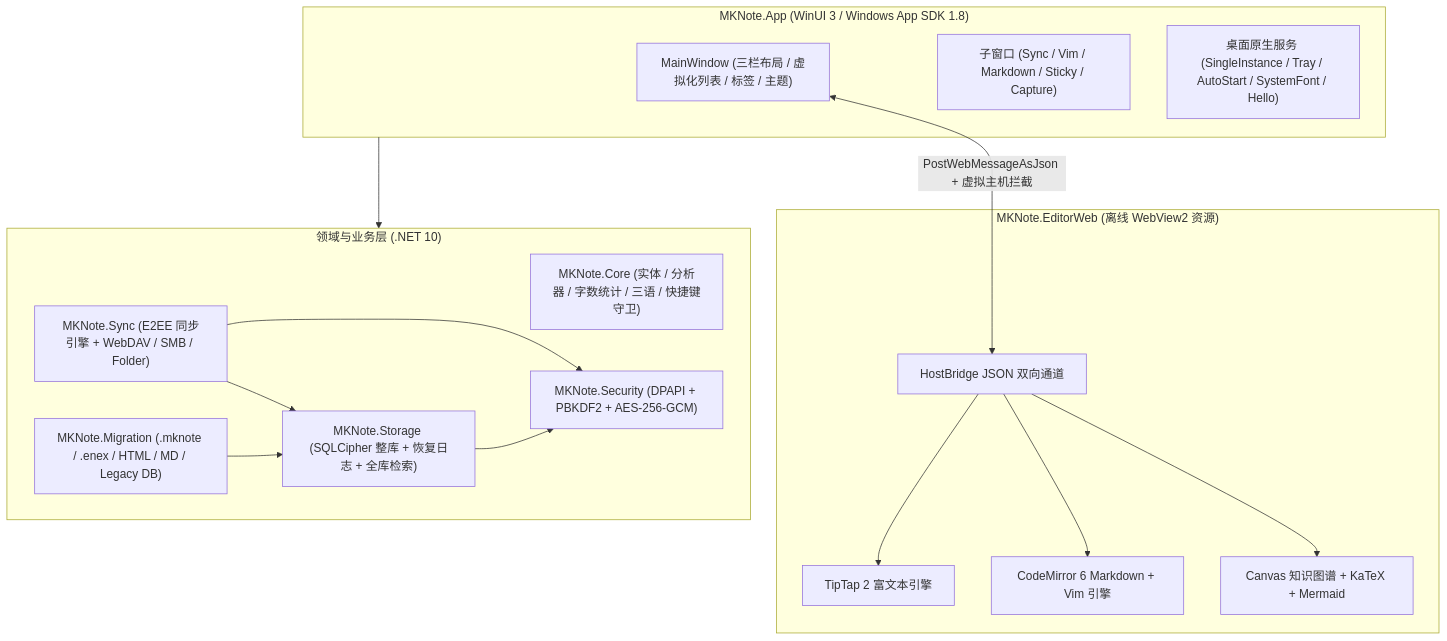
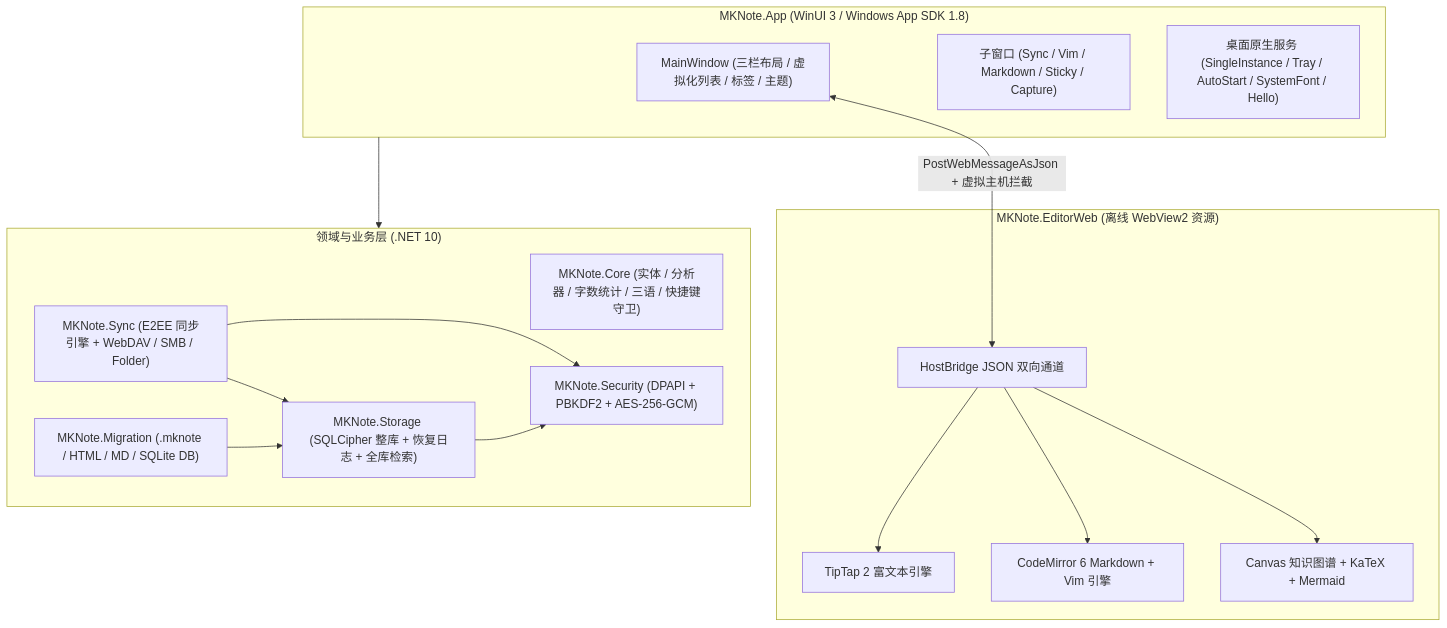
Before and after one commit to vicky-clair/xiaorui-mknote: the diagram in docs/MKNote_Next_Development_Spec.md, drawn with Mermaid. The commit also changed other lines of this file and 14 other files, not shown here.

Commit message:
fix: fix shortcut guide windows crash, add graph view back navigation, remove enex import

````diff
--- a/docs/MKNote_Next_Development_Spec.md
+++ b/docs/MKNote_Next_Development_Spec.md
@@ -27,33 +27,33 @@
 ```mermaid
 flowchart TB
     subgraph UI["MKNote.App (WinUI 3 / Windows App SDK 1.8)"]
         MW["MainWindow (三栏布局 / 虚拟化列表 / 标签 / 主题)"]
         WIN["子窗口 (Sync / Vim / Markdown / Sticky / Capture)"]
         SYS["桌面原生服务 (SingleInstance / Tray / AutoStart / SystemFont / Hello)"]
     end
 
     subgraph WEB["MKNote.EditorWeb (离线 WebView2 资源)"]
         BRIDGE["HostBridge JSON 双向通道"]
         RICH["TipTap 2 富文本引擎"]
         MD["CodeMirror 6 Markdown + Vim 引擎"]
         GRAPH["Canvas 知识图谱 + KaTeX + Mermaid"]
     end
 
     subgraph CORE["领域与业务层 (.NET 10)"]
         MCORE["MKNote.Core (实体 / 分析器 / 字数统计 / 三语 / 快捷键守卫)"]
         MSEC["MKNote.Security (DPAPI + PBKDF2 + AES-256-GCM)"]
         MSTOR["MKNote.Storage (SQLCipher 整库 + 恢复日志 + 全库检索)"]
         MSYNC["MKNote.Sync (E2EE 同步引擎 + WebDAV / SMB / Folder)"]
-        MMIG["MKNote.Migration (.mknote / .enex / HTML / MD / Legacy DB)"]
+        MMIG["MKNote.Migration (.mknote / HTML / MD / SQLite DB)"]
     end
 
     MW <-->|"PostWebMessageAsJson + 虚拟主机拦截"| BRIDGE
     BRIDGE --> RICH
     BRIDGE --> MD
     BRIDGE --> GRAPH
     UI --> CORE
     MSTOR --> MSEC
     MSYNC --> MSEC
     MSYNC --> MSTOR
     MMIG --> MSTOR
 ```
````
